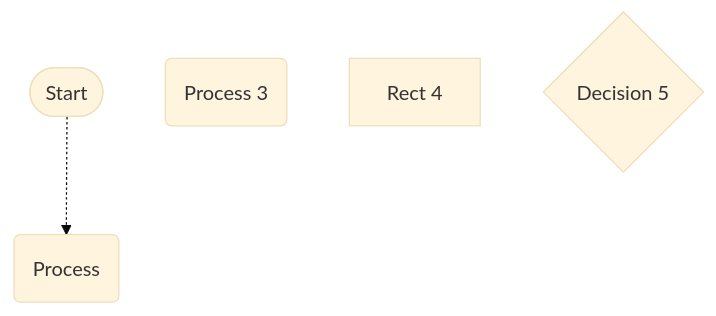
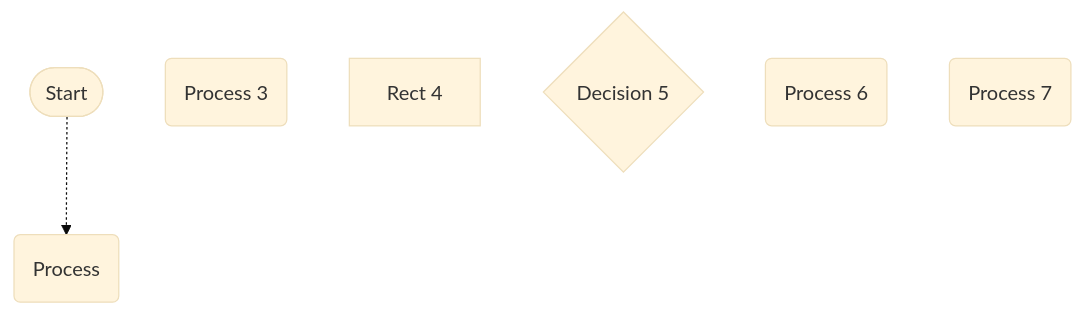
One commit to pingpm/mermaid_vault changed the diagram in mmd/test_f31d6efd-f9cd-437f-83e8-c33d633c95a6.mmd. Above: the diagram before and after it, drawn with Mermaid (base theme). The commit also changed 3 other files, not shown here.

Commit message:
Sync Mermaid Studio data (18 diagrams)

```diff
--- a/mmd/test_f31d6efd-f9cd-437f-83e8-c33d633c95a6.mmd
+++ b/mmd/test_f31d6efd-f9cd-437f-83e8-c33d633c95a6.mmd
@@ -1,7 +1,9 @@
-graph TD
+flowchart TD
   start(["Start"])
   1("Process")
   8c6533b4-1491-42b6-8429-e5650ae68c24("Process 3")
   26a173d8-dfef-4098-b775-d7b68b075127["Rect 4"]
   e01af272-47a0-41ac-acff-df6d8777e188{"Decision 5"}
+  f29fc584-bcde-434a-abf3-083829181fbd("Process 6")
+  4d611947-662d-4947-896d-a6d85957e1b8("Process 7")
   start -.-> 1
```
